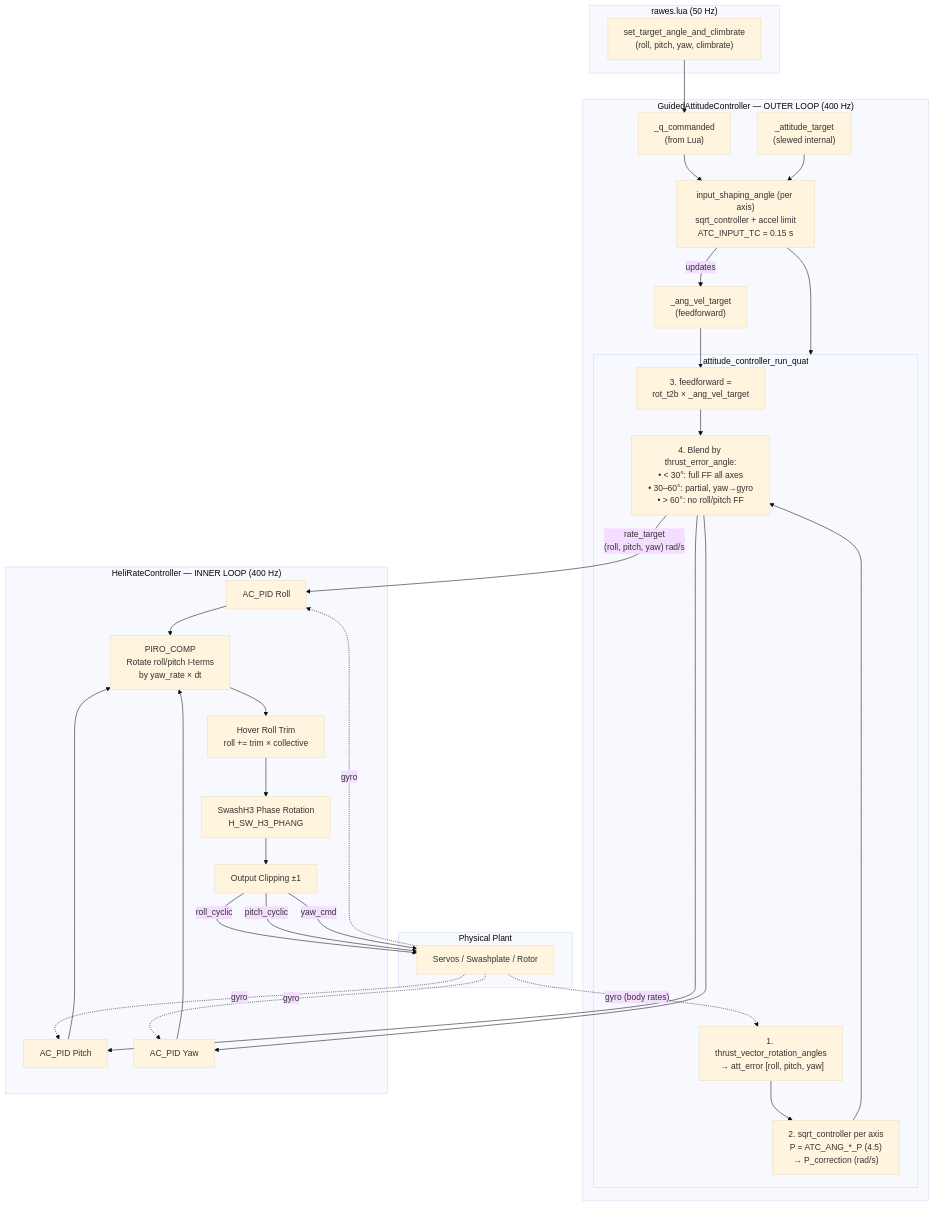
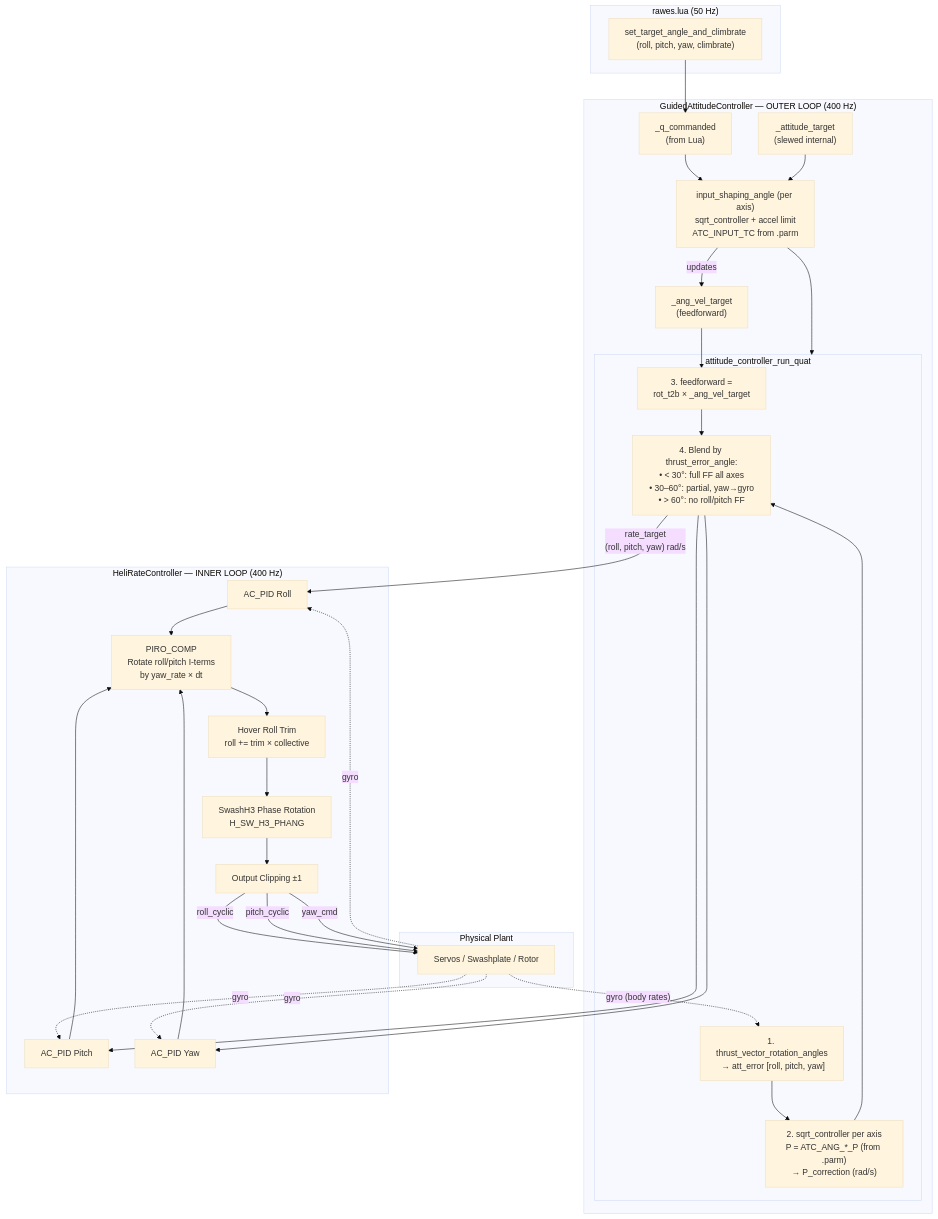
One commit to mcroomp/windpower changed the first of 5 diagrams in simulation/arduloop/CONTROL_LOOPS.md. Above: the diagram before and after it, drawn with Mermaid (base theme). The commit also changed other lines of this file and 42 other files, not shown here.

````diff
--- a/simulation/arduloop/CONTROL_LOOPS.md
+++ b/simulation/arduloop/CONTROL_LOOPS.md
@@ -9,60 +9,60 @@
 ```mermaid
 flowchart TD
     subgraph LUA["rawes.lua (50 Hz)"]
         CMD["set_target_angle_and_climbrate\n(roll, pitch, yaw, climbrate)"]
     end
 
     subgraph OUTER["GuidedAttitudeController — OUTER LOOP (400 Hz)"]
         QC["_q_commanded\n(from Lua)"]
         AT["_attitude_target\n(slewed internal)"]
         AVT["_ang_vel_target\n(feedforward)"]
 
-        SHAPE["input_shaping_angle (per axis)\nsqrt_controller + accel limit\nATC_INPUT_TC = 0.15 s"]
+        SHAPE["input_shaping_angle (per axis)\nsqrt_controller + accel limit\nATC_INPUT_TC from .parm"]
         QC --> SHAPE
         AT --> SHAPE
         SHAPE -->|"updates"| AVT
 
         subgraph RUNQUAT["attitude_controller_run_quat"]
             TVRA["1. thrust_vector_rotation_angles\n → att_error [roll, pitch, yaw]"]
-            SQRT["2. sqrt_controller per axis\nP = ATC_ANG_*_P (4.5)\n→ P_correction (rad/s)"]
+            SQRT["2. sqrt_controller per axis\nP = ATC_ANG_*_P (from .parm)\n→ P_correction (rad/s)"]
             FF["3. feedforward =\nrot_t2b × _ang_vel_target"]
             BLEND["4. Blend by thrust_error_angle:\n• < 30°: full FF all axes\n• 30–60°: partial, yaw→gyro\n• > 60°: no roll/pitch FF"]
             TVRA --> SQRT --> BLEND
             FF --> BLEND
         end
 
         SHAPE --> RUNQUAT
         AVT --> FF
     end
 
     subgraph INNER["HeliRateController — INNER LOOP (400 Hz)"]
         PID_R["AC_PID Roll"]
         PID_P["AC_PID Pitch"]
         PID_Y["AC_PID Yaw"]
         PIRO["PIRO_COMP\nRotate roll/pitch I-terms\nby yaw_rate × dt"]
         TRIM["Hover Roll Trim\nroll += trim × collective"]
         SWASH["SwashH3 Phase Rotation\nH_SW_H3_PHANG"]
         CLIP["Output Clipping ±1"]
 
         PID_R --> PIRO
         PID_P --> PIRO
         PID_Y --> PIRO
         PIRO --> TRIM --> SWASH --> CLIP
     end
 
     subgraph PLANT["Physical Plant"]
         SERVO["Servos / Swashplate / Rotor"]
     end
 
     CMD --> QC
     BLEND -->|"rate_target\n(roll, pitch, yaw) rad/s"| PID_R
     BLEND --> PID_P
     BLEND --> PID_Y
     CLIP -->|"roll_cyclic"| SERVO
     CLIP -->|"pitch_cyclic"| SERVO
     CLIP -->|"yaw_cmd"| SERVO
     SERVO -.->|"gyro (body rates)"| TVRA
     SERVO -.->|"gyro"| PID_R
     SERVO -.->|"gyro"| PID_P
     SERVO -.->|"gyro"| PID_Y
 ```
````
